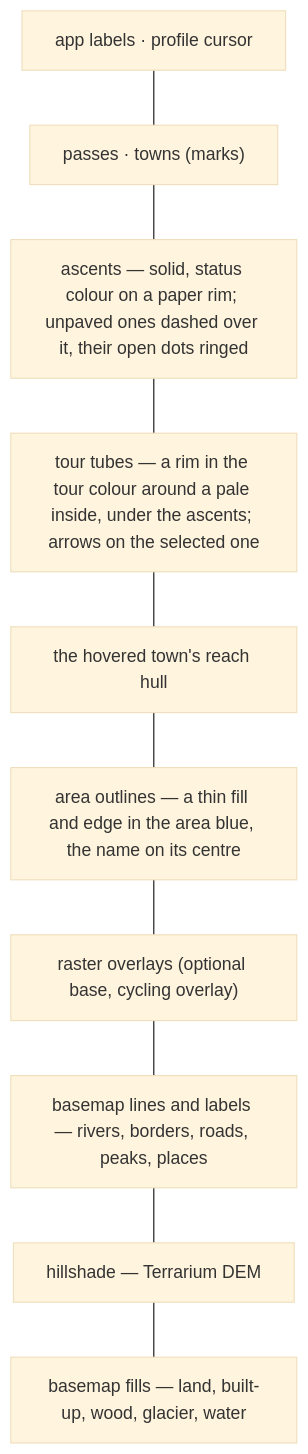
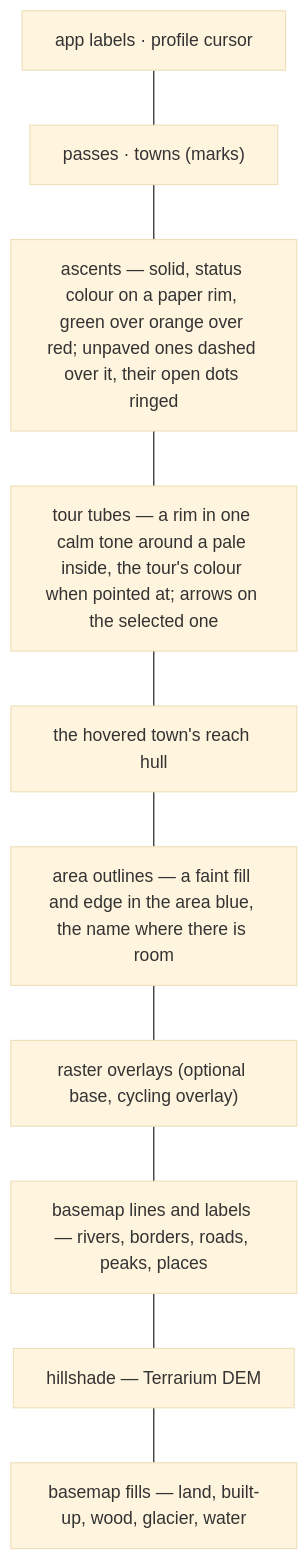
The first of 3 diagrams in docs/map-rendering.md (mdugue/alpen), drawn with Mermaid (base theme) before and after one commit. The commit also changed other lines of this file and 22 other files, not shown here.

First line of the commit message:
Map: fan an area's roads out at its edge; review fixes

````diff
--- a/docs/map-rendering.md
+++ b/docs/map-rendering.md
@@ -168,14 +168,14 @@
 ```mermaid
 flowchart TB
   L9["app labels · profile cursor"]
   L8["passes · towns (marks)"]
-  L7["ascents — solid, status colour on a paper rim; unpaved ones dashed over it, their open dots ringed"]
-  L6["tour tubes — a rim in the tour colour around a pale inside, under the ascents; arrows on the selected one"]
+  L7["ascents — solid, status colour on a paper rim, green over orange over red; unpaved ones dashed over it, their open dots ringed"]
+  L6["tour tubes — a rim in one calm tone around a pale inside, the tour's colour when pointed at; arrows on the selected one"]
   L5["the hovered town's reach hull"]
-  L45["area outlines — a thin fill and edge in the area blue, the name on its centre"]
+  L45["area outlines — a faint fill and edge in the area blue, the name where there is room"]
   L4["raster overlays (optional base, cycling overlay)"]
   L3["basemap lines and labels — rivers, borders, roads, peaks, places"]
   L2["hillshade — Terrarium DEM"]
   L1["basemap fills — land, built-up, wood, glacier, water"]
   L9 --- L8 --- L7 --- L6 --- L5 --- L45 --- L4 --- L3 --- L2 --- L1
 ```
````
